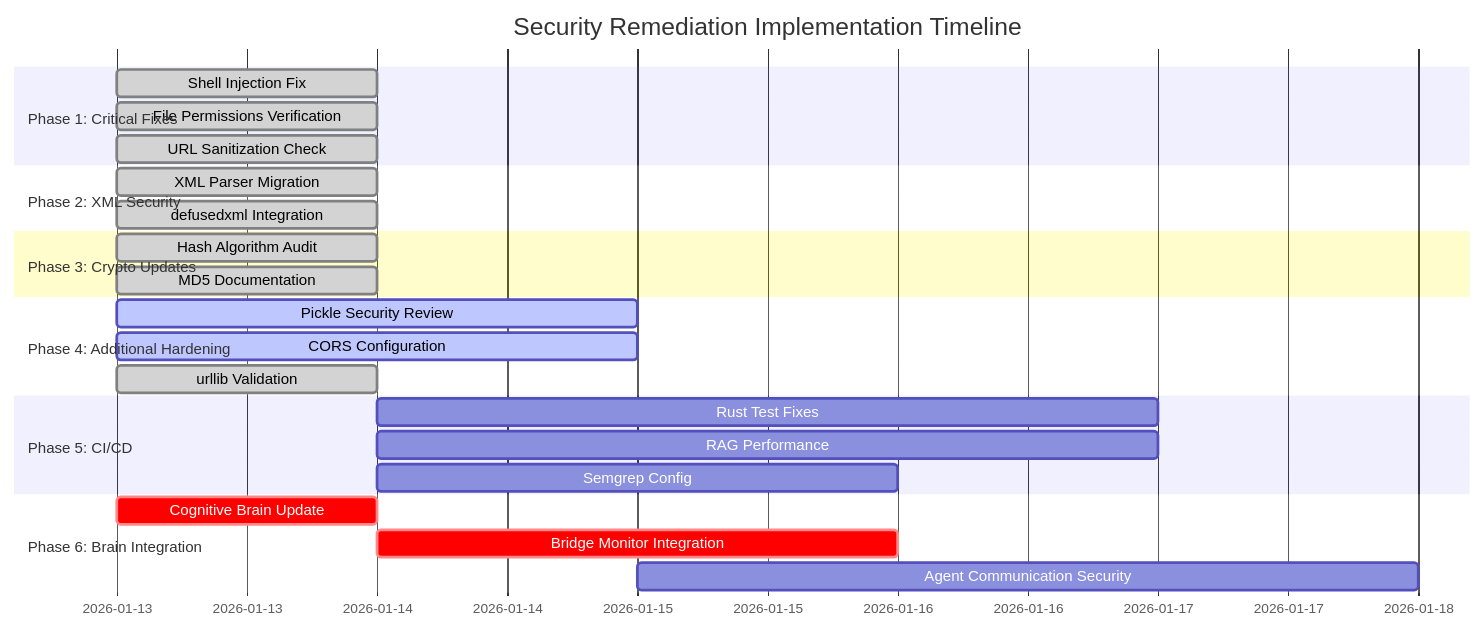
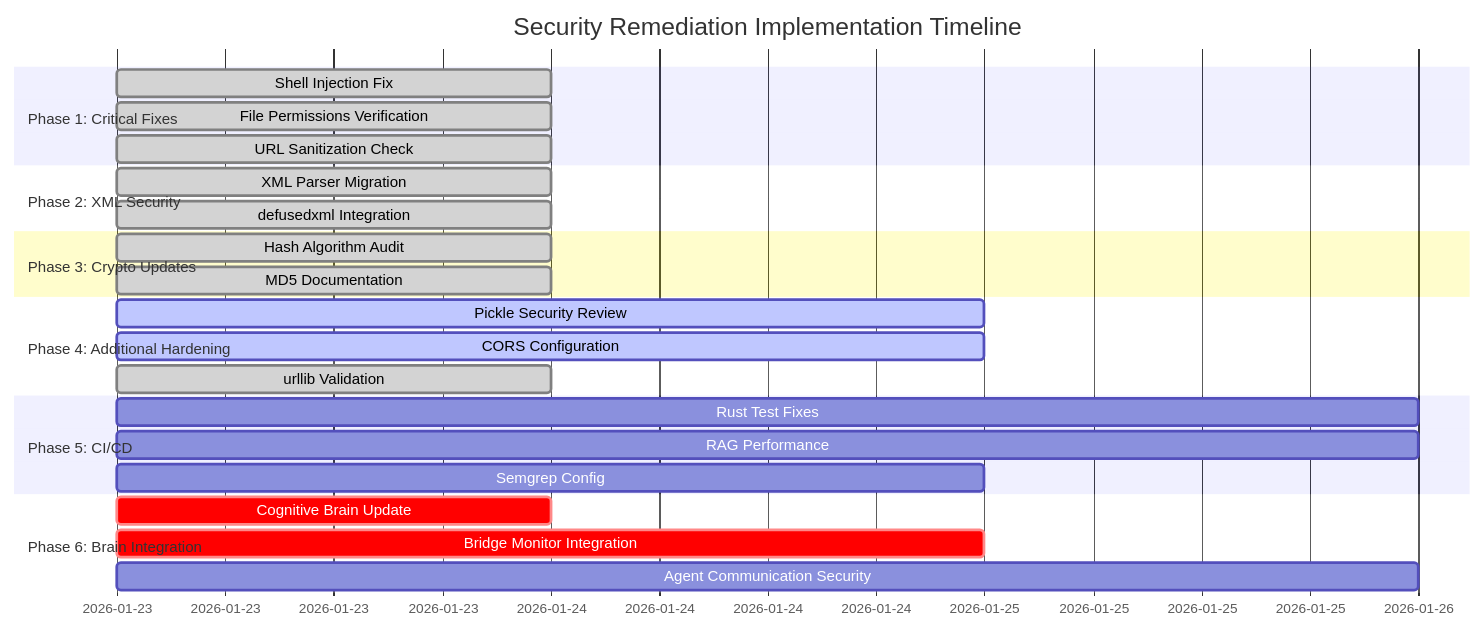
The second of 10 diagrams in .github/agents/COGNITIVE_BRAIN_SECURITY_UPDATE.md (Aries-Serpent/_codex_), drawn with Mermaid before and after one commit. The commit also changed other lines of this file and 224 other files, not shown here.

````diff
--- a/.github/agents/COGNITIVE_BRAIN_SECURITY_UPDATE.md
+++ b/.github/agents/COGNITIVE_BRAIN_SECURITY_UPDATE.md
@@ -70,32 +70,32 @@
 ```mermaid
 gantt
     title Security Remediation Implementation Timeline
     dateFormat  YYYY-MM-DD
     section Phase 1: Critical Fixes
-    Shell Injection Fix           :done, p1a, 2026-01-13, 1d
-    File Permissions Verification :done, p1b, 2026-01-13, 1d
-    URL Sanitization Check        :done, p1c, 2026-01-13, 1d
+    Shell Injection Fix           :done, p1a, 2026-01-23, 1d
+    File Permissions Verification :done, p1b, 2026-01-23, 1d
+    URL Sanitization Check        :done, p1c, 2026-01-23, 1d
     
     section Phase 2: XML Security
-    XML Parser Migration          :done, p2a, 2026-01-13, 1d
-    defusedxml Integration        :done, p2b, 2026-01-13, 1d
+    XML Parser Migration          :done, p2a, 2026-01-23, 1d
+    defusedxml Integration        :done, p2b, 2026-01-23, 1d
     
     section Phase 3: Crypto Updates
-    Hash Algorithm Audit          :done, p3a, 2026-01-13, 1d
-    MD5 Documentation             :done, p3b, 2026-01-13, 1d
+    Hash Algorithm Audit          :done, p3a, 2026-01-23, 1d
+    MD5 Documentation             :done, p3b, 2026-01-23, 1d
     
     section Phase 4: Additional Hardening
-    Pickle Security Review        :active, p4a, 2026-01-13, 2d
-    CORS Configuration            :active, p4b, 2026-01-13, 2d
-    urllib Validation             :done, p4c, 2026-01-13, 1d
+    Pickle Security Review        :active, p4a, 2026-01-23, 2d
+    CORS Configuration            :active, p4b, 2026-01-23, 2d
+    urllib Validation             :done, p4c, 2026-01-23, 1d
     
     section Phase 5: CI/CD
-    Rust Test Fixes               :p5a, 2026-01-14, 3d
-    RAG Performance               :p5b, 2026-01-14, 3d
-    Semgrep Config                :p5c, 2026-01-14, 2d
+    Rust Test Fixes               :p5a, 2026-01-23, 3d
+    RAG Performance               :p5b, 2026-01-23, 3d
+    Semgrep Config                :p5c, 2026-01-23, 2d
     
     section Phase 6: Brain Integration
-    Cognitive Brain Update        :crit, p6a, 2026-01-13, 1d
-    Bridge Monitor Integration    :crit, p6b, 2026-01-14, 2d
-    Agent Communication Security  :p6c, 2026-01-15, 3d
+    Cognitive Brain Update        :crit, p6a, 2026-01-23, 1d
+    Bridge Monitor Integration    :crit, p6b, 2026-01-23, 2d
+    Agent Communication Security  :p6c, 2026-01-23, 3d
 ```
````
